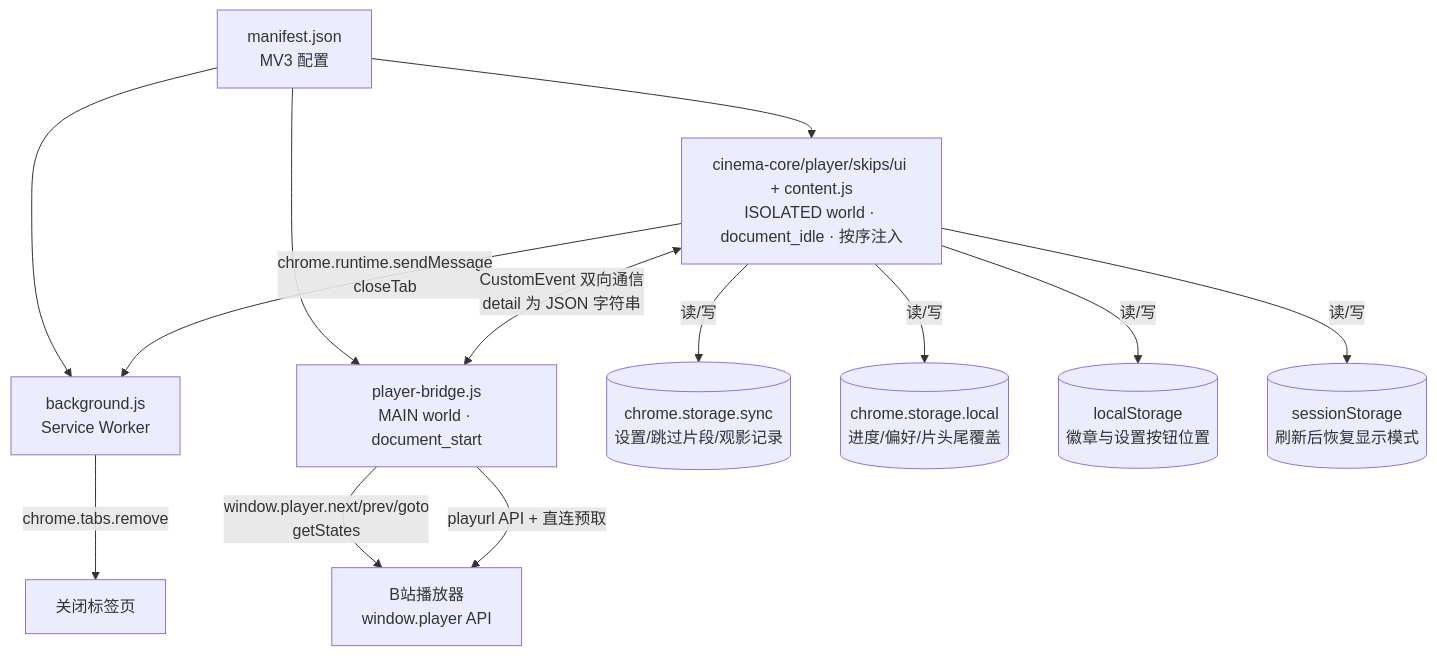
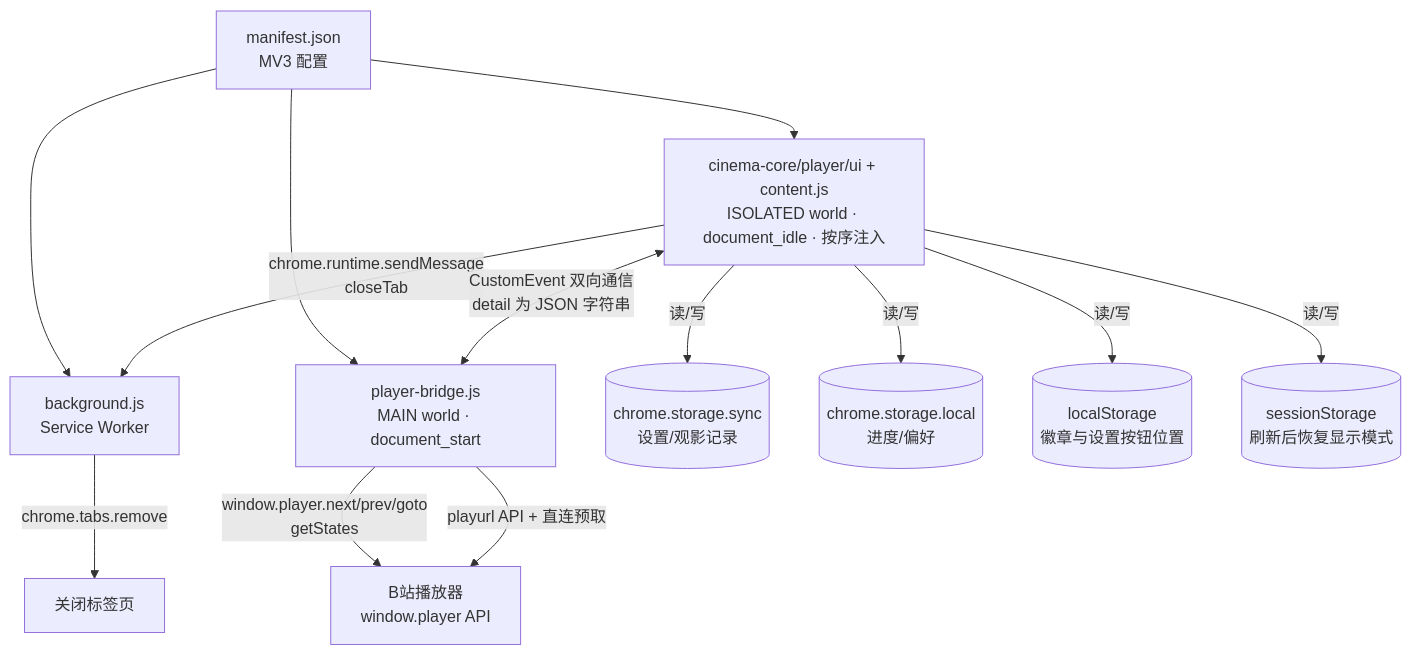
One commit to foggy-m/bilibili-cinema-mode changed the first of 5 diagrams in CODE_WIKI.md. Above: the diagram before and after it, drawn with Mermaid. The commit also changed other lines of this file and 15 other files, not shown here.

````diff
--- a/CODE_WIKI.md
+++ b/CODE_WIKI.md
@@ -71,25 +94,25 @@
 ```mermaid
 graph TB
     M[manifest.json<br/>MV3 配置]
     B[background.js<br/>Service Worker]
-    C[cinema-core/player/skips/ui + content.js<br/>ISOLATED world · document_idle · 按序注入]
+    C[cinema-core/player/ui + content.js<br/>ISOLATED world · document_idle · 按序注入]
     P[player-bridge.js<br/>MAIN world · document_start]
-    S[(chrome.storage.sync<br/>设置/跳过片段/观影记录)]
-    SL[(chrome.storage.local<br/>进度/偏好/片头尾覆盖)]
+    S[(chrome.storage.sync<br/>设置/观影记录)]
+    SL[(chrome.storage.local<br/>进度/偏好)]
     LS[(localStorage<br/>徽章与设置按钮位置)]
     SS[(sessionStorage<br/>刷新后恢复显示模式)]
     BP[B站播放器<br/>window.player API]
 
     M --> B
     M --> C
     M --> P
     C -->|chrome.runtime.sendMessage<br/>closeTab| B
     B -->|chrome.tabs.remove| TAB[关闭标签页]
     C <-->|CustomEvent 双向通信<br/>detail 为 JSON 字符串| P
     P -->|window.player.next/prev/goto<br/>getStates| BP
     P -->|playurl API + 直连预取| BP
     C -->|读/写| S
     C -->|读/写| SL
     C -->|读/写| LS
     C -->|读/写| SS
 ```
````
